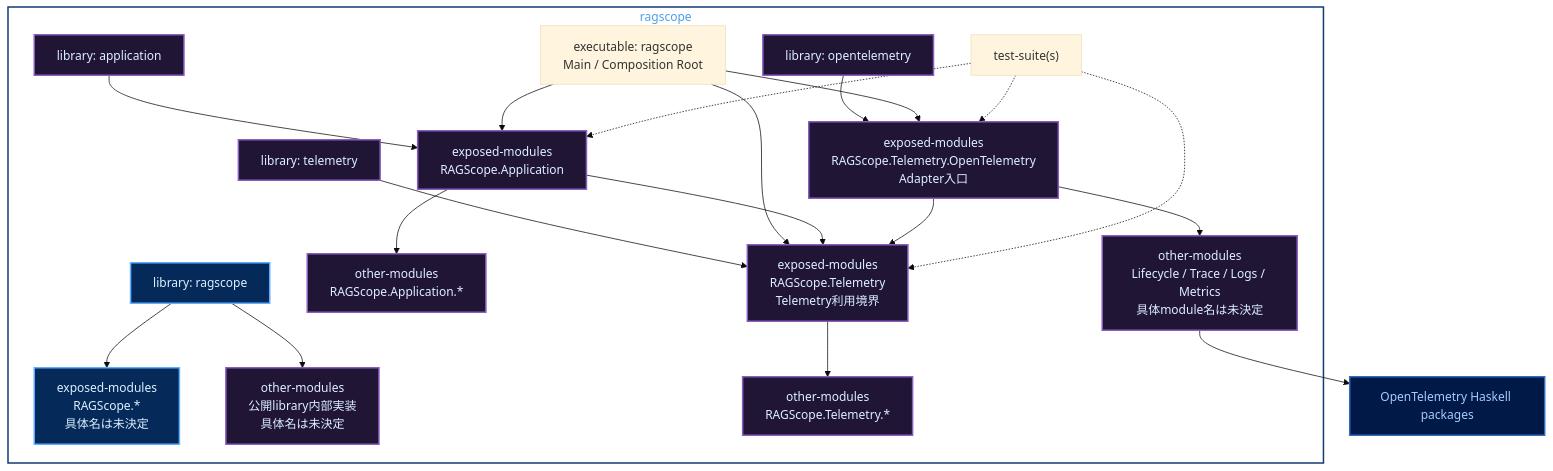
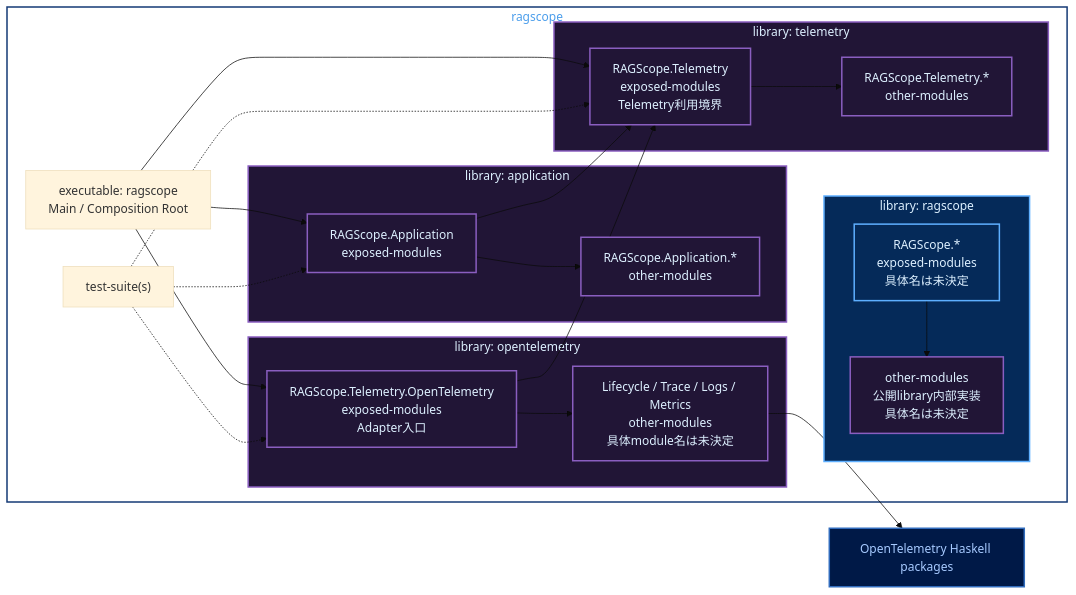
One commit to takashit16833/Workbench changed the diagram in Notes/RAGScope/RAGScopeアプリケーション/RS-0024 Haskellライブラリ・モジュールマップ.md. Above: the diagram before and after it, drawn with Mermaid (base theme). The commit also changed other lines of this file, not shown here.

Commit message:
notes: merge RS-0024 library module maps

````diff
--- a/Notes/RAGScope/RAGScopeアプリケーション/RS-0024 Haskellライブラリ・モジュールマップ.md
+++ b/Notes/RAGScope/RAGScopeアプリケーション/RS-0024 Haskellライブラリ・モジュールマップ.md
@@ -19,50 +19,55 @@
 ```mermaid
-flowchart TB
+flowchart LR
     subgraph PKG["ragscope"]
-        PUBLIB["library: ragscope"]:::public
-        PUBEX["exposed-modules<br/>RAGScope.*<br/>具体名は未決定"]:::public
-        PUBOTHER["other-modules<br/>公開library内部実装<br/>具体名は未決定"]:::private
-        PUBLIB --> PUBEX
-        PUBLIB --> PUBOTHER
+        subgraph PUBLIC["library: ragscope"]
+            PUBEX["RAGScope.*<br/>exposed-modules<br/>具体名は未決定"]:::public
+            PUBOTHER["other-modules<br/>公開library内部実装<br/>具体名は未決定"]:::private
+            PUBEX --> PUBOTHER
+        end
 
-        APPLIB["library: application"]:::private
-        APPAPI["exposed-modules<br/>RAGScope.Application"]:::private
-        APPOTHER["other-modules<br/>RAGScope.Application.*"]:::private
-        APPLIB --> APPAPI
-        APPAPI --> APPOTHER
+        subgraph APPLICATION["library: application"]
+            APP["RAGScope.Application<br/>exposed-modules"]:::private
+            APPOTHER["RAGScope.Application.*<br/>other-modules"]:::private
+            APP --> APPOTHER
+        end
 
-        TELLIB["library: telemetry"]:::private
-        TELAPI["exposed-modules<br/>RAGScope.Telemetry<br/>Telemetry利用境界"]:::private
-        TELOTHER["other-modules<br/>RAGScope.Telemetry.*"]:::private
-        TELLIB --> TELAPI
-        TELAPI --> TELOTHER
+        subgraph TELEMETRY["library: telemetry"]
+            TEL["RAGScope.Telemetry<br/>exposed-modules<br/>Telemetry利用境界"]:::private
+            TELOTHER["RAGScope.Telemetry.*<br/>other-modules"]:::private
+            TEL --> TELOTHER
+        end
 
-        OTELLIB["library: opentelemetry"]:::private
-        OTELAPI["exposed-modules<br/>RAGScope.Telemetry.OpenTelemetry<br/>Adapter入口"]:::private
-        OTELOTHER["other-modules<br/>Lifecycle / Trace / Logs / Metrics<br/>具体module名は未決定"]:::private
-        OTELLIB --> OTELAPI
-        OTELAPI --> OTELOTHER
+        subgraph OTEL["library: opentelemetry"]
+            OTELAPI["RAGScope.Telemetry.OpenTelemetry<br/>exposed-modules<br/>Adapter入口"]:::private
+            OTELOTHER["Lifecycle / Trace / Logs / Metrics<br/>other-modules<br/>具体module名は未決定"]:::private
+            OTELAPI --> OTELOTHER
+        end
 
         MAIN["executable: ragscope<br/>Main / Composition Root"]
         TEST["test-suite(s)"]
 
-        MAIN --> APPAPI
-        MAIN --> TELAPI
+        MAIN --> APP
+        MAIN --> TEL
         MAIN --> OTELAPI
 
-        APPAPI --> TELAPI
-        OTELAPI --> TELAPI
+        APP --> TEL
+        OTELAPI --> TEL
 
-        TEST -.-> APPAPI
-        TEST -.-> TELAPI
+        TEST -.-> APP
+        TEST -.-> TEL
         TEST -.-> OTELAPI
     end
 
-    OTELPKG["OpenTelemetry Haskell packages"]:::external
-    OTELOTHER --> OTELPKG
+    SDK["OpenTelemetry Haskell packages"]:::external
+    OTELOTHER --> SDK
 
     classDef public fill:#052A59,stroke:#5EAFFF,color:#DDF0FF,stroke-width:2px
     classDef private fill:#211536,stroke:#8A5EC0,color:#DDF0FF,stroke-width:2px
     classDef external fill:#001947,stroke:#316CBD,color:#A6CAFF,stroke-width:2px
+
     style PKG fill:transparent,stroke:#153A75,color:#4C9EEB,stroke-width:2px
+    style PUBLIC fill:#052A59,stroke:#5EAFFF,color:#DDF0FF,stroke-width:2px
+    style APPLICATION fill:#211536,stroke:#8A5EC0,color:#DDF0FF,stroke-width:2px
+    style TELEMETRY fill:#211536,stroke:#8A5EC0,color:#DDF0FF,stroke-width:2px
+    style OTEL fill:#211536,stroke:#8A5EC0,color:#DDF0FF,stroke-width:2px
 ```
````
